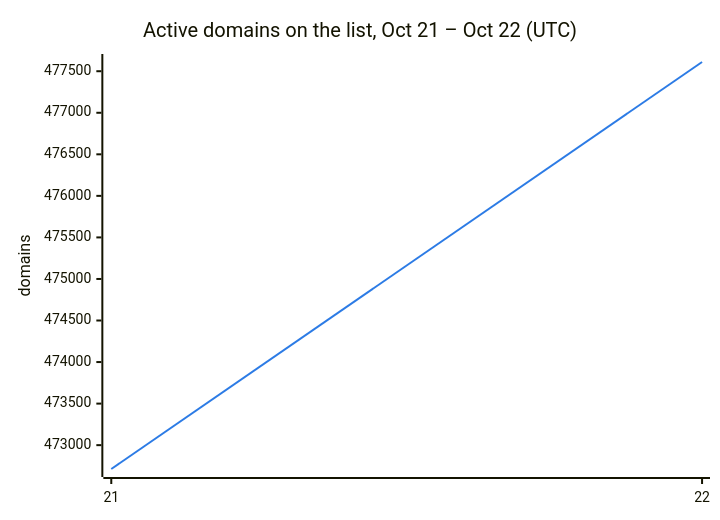
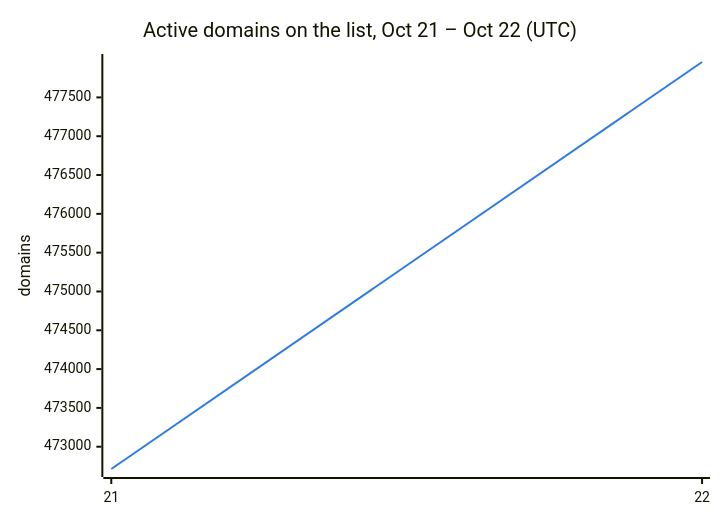
The second of 3 diagrams in README.md (DNSBunker/CTI), drawn with Mermaid before and after one commit. The commit also changed other lines of this file and 3 other files, not shown here.

````diff
--- a/README.md
+++ b/README.md
@@ -38,8 +38,8 @@
 ```mermaid
 %%{init: {"themeVariables": {"xyChart": {"plotColorPalette": "#2c7be5"}}}}%%
 xychart-beta
     title "Active domains on the list, Oct 21 – Oct 22 (UTC)"
     x-axis ["21", "22"]
     y-axis "domains"
-    line [472713, 477611]
+    line [472713, 477956]
 ```
````
